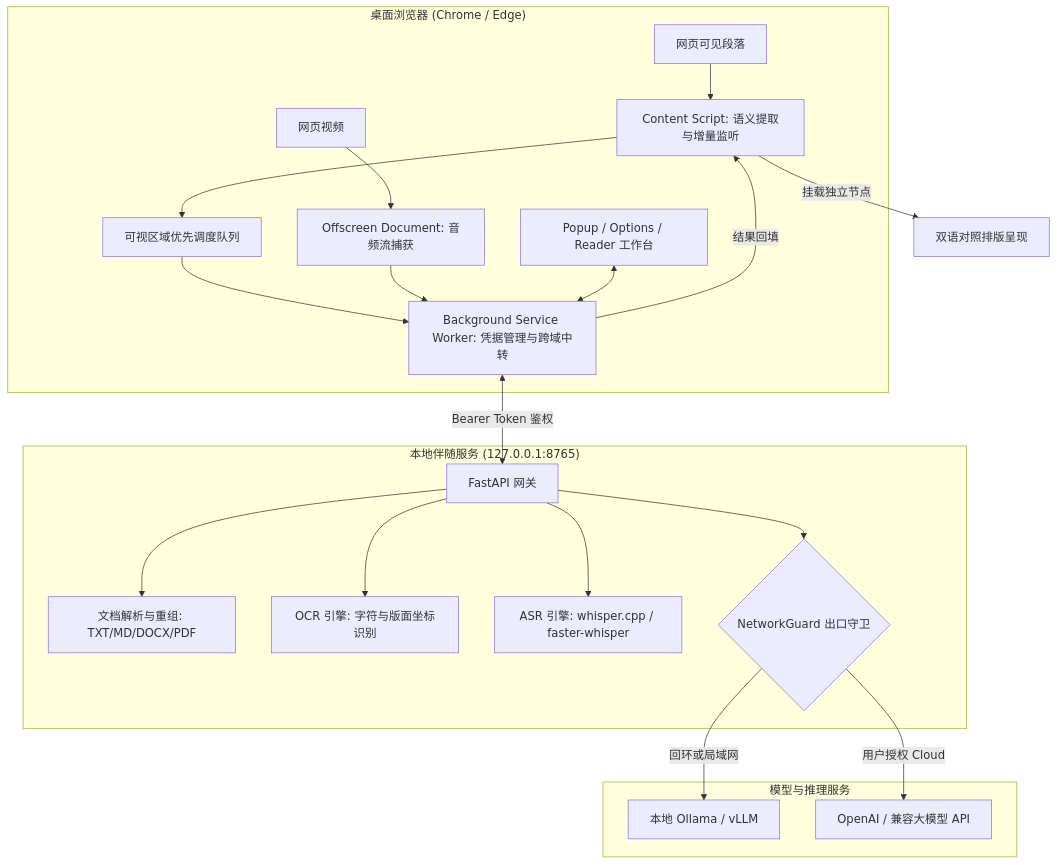
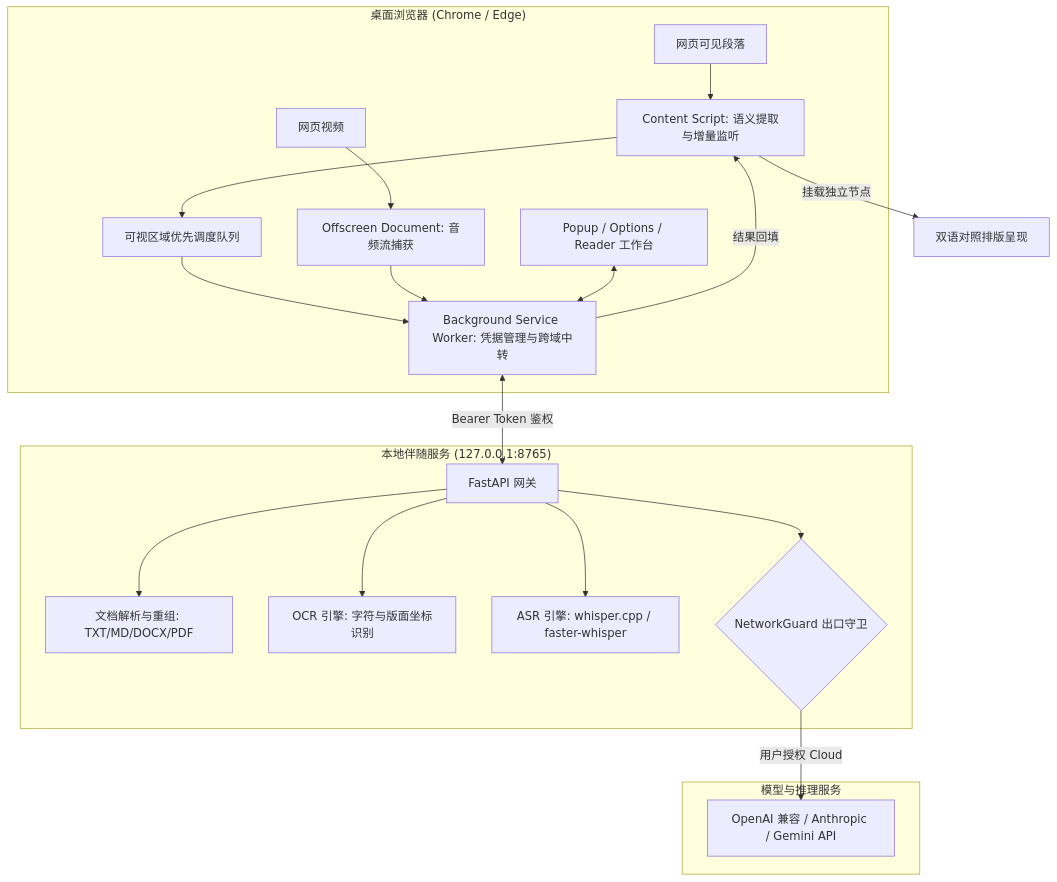
One commit to fengzhiyushui/transark changed the diagram in README.md. Above: the diagram before and after it, drawn with Mermaid. The commit also changed other lines of this file and 33 other files, not shown here.

````diff
--- a/README.md
+++ b/README.md
@@ -61,27 +61,26 @@
 ```mermaid
 flowchart TD
   subgraph Browser["桌面浏览器 (Chrome / Edge)"]
     W[网页可见段落] --> CS[Content Script: 语义提取与增量监听]
     CS --> VQ[可视区域优先调度队列]
     VQ --> BG[Background Service Worker: 凭据管理与跨域中转]
     V[网页视频] --> OF[Offscreen Document: 音频流捕获]
     OF --> BG
     UI[Popup / Options / Reader 工作台] <--> BG
   end
 
   subgraph Companion["本地伴随服务 (127.0.0.1:8765)"]
     BG <-->|Bearer Token 鉴权| API[FastAPI 网关]
     API --> DP[文档解析与重组: TXT/MD/DOCX/PDF]
     API --> OCR[OCR 引擎: 字符与版面坐标识别]
     API --> ASR[ASR 引擎: whisper.cpp / faster-whisper]
     API --> NG{NetworkGuard 出口守卫}
   end
 
   subgraph Models["模型与推理服务"]
-    NG -->|回环或局域网| OLLAMA[本地 Ollama / vLLM]
-    NG -->|用户授权 Cloud| CLOUD[OpenAI / 兼容大模型 API]
+    NG -->|用户授权 Cloud| CLOUD[OpenAI 兼容 / Anthropic / Gemini API]
   end
 
   BG -->|结果回填| CS
   CS -->|挂载独立节点| OUT[双语对照排版呈现]
 ```
````
